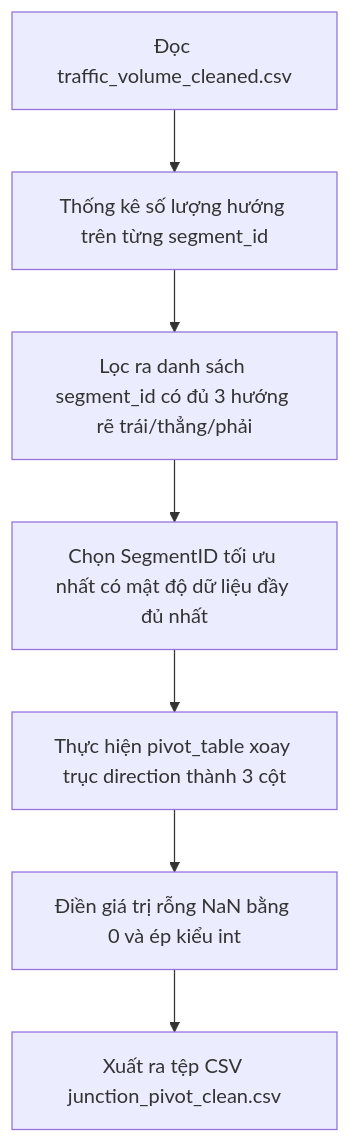
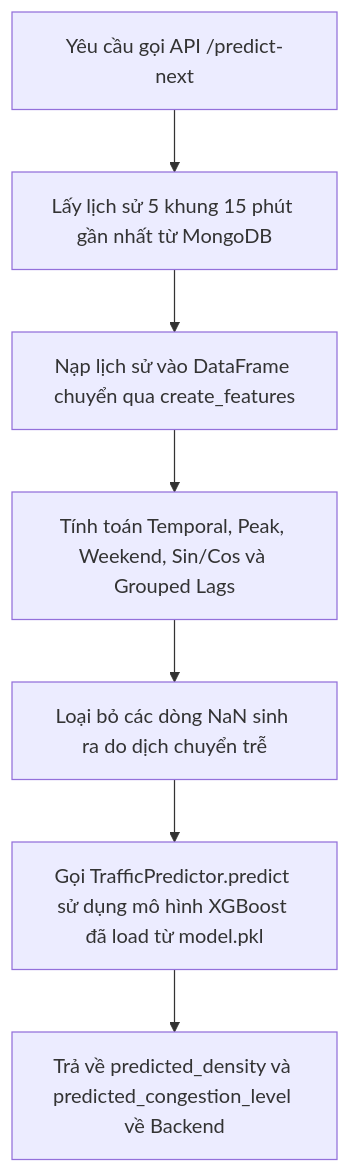
Before and after one commit to LeeVHoangtk3/traffic-density-analysis-system: the diagram in docs/plan/task_2_junction_pivot.md, drawn with Mermaid. The commit also changed other lines of this file and 16 other files, not shown here.

````diff
--- a/docs/plan/task_2_junction_pivot.md
+++ b/docs/plan/task_2_junction_pivot.md
@@ -32,9 +48,9 @@
 ```mermaid
 flowchart TD
-    A[Đọc traffic_volume_cleaned.csv] --> B[Thống kê số lượng hướng trên từng segment_id]
-    B --> C[Lọc ra danh sách segment_id có đủ 3 hướng rẽ trái/thẳng/phải]
-    C --> D[Chọn SegmentID tối ưu nhất có mật độ dữ liệu đầy đủ nhất]
-    D --> E[Thực hiện pivot_table xoay trục direction thành 3 cột]
-    E --> F[Điền giá trị rỗng NaN bằng 0 và ép kiểu int]
-    F --> G[Xuất ra tệp CSV junction_pivot_clean.csv]
+    A[Yêu cầu gọi API /predict-next] --> B[Lấy lịch sử 5 khung 15 phút gần nhất từ MongoDB]
+    B --> C[Nạp lịch sử vào DataFrame chuyển qua create_features]
+    C --> D[Tính toán Temporal, Peak, Weekend, Sin/Cos và Grouped Lags]
+    D --> E[Loại bỏ các dòng NaN sinh ra do dịch chuyển trễ]
+    E --> F[Gọi TrafficPredictor.predict sử dụng mô hình XGBoost đã load từ model.pkl]
+    F --> G[Trả về predicted_density và predicted_congestion_level về Backend]
 ```
````
